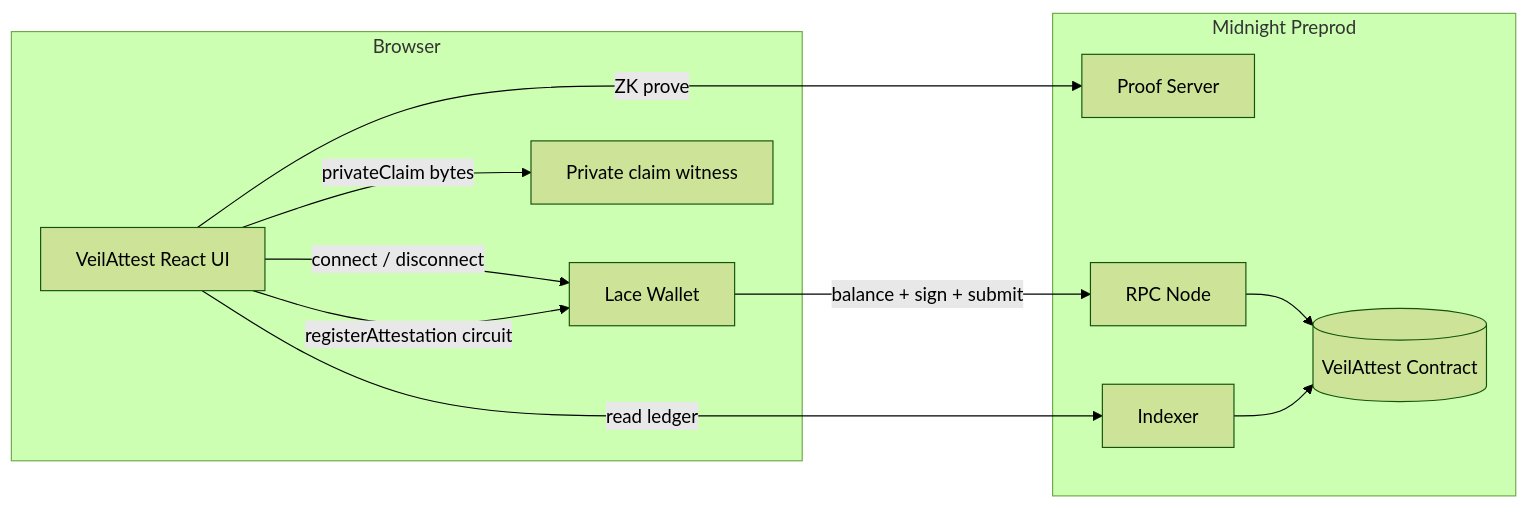
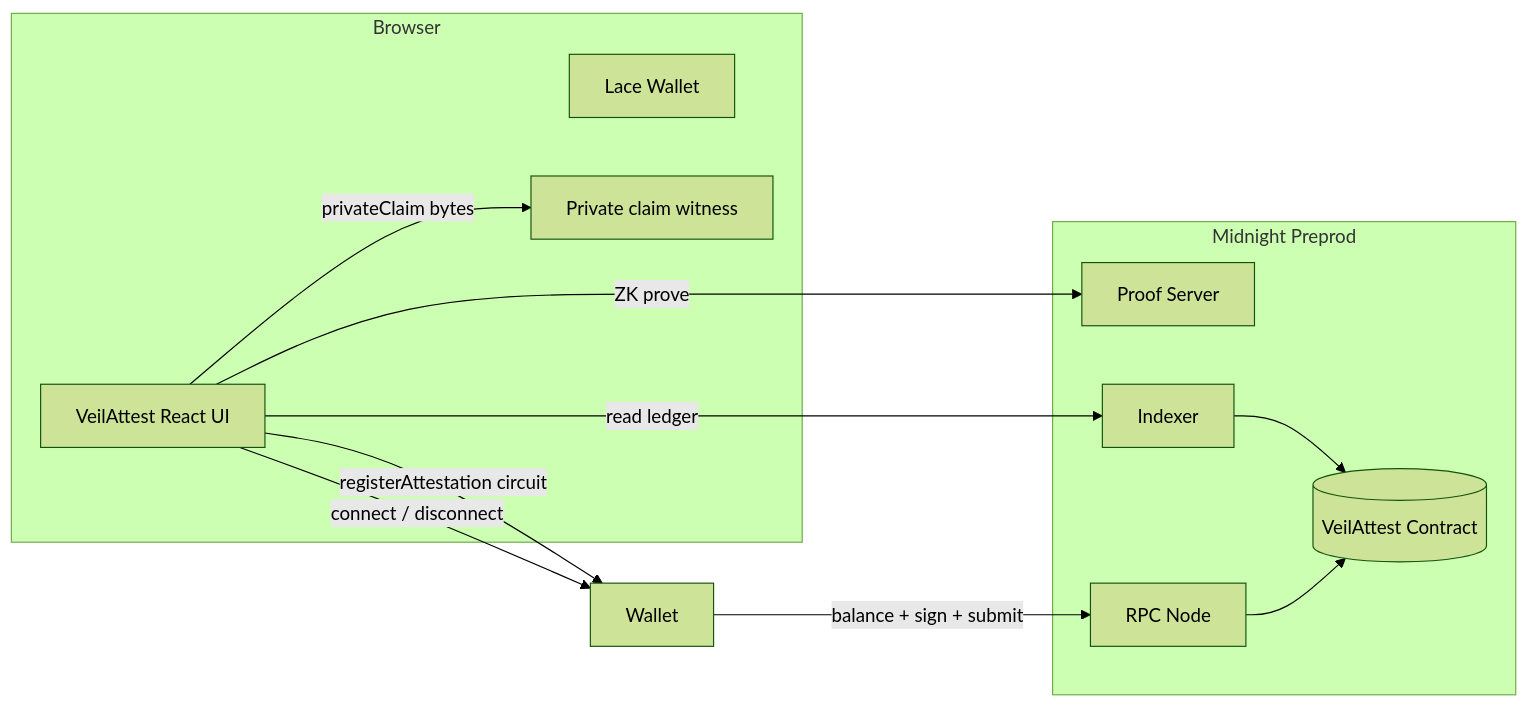
The first of 2 diagrams in README.md (nishant-uxs/veil-attest), drawn with Mermaid (forest theme) before and after one commit. The commit also changed other lines of this file, not shown here.

Commit message:
Document 1AM and Lace multi-wallet picker in README.

````diff
--- a/README.md
+++ b/README.md
@@ -23,22 +23,22 @@
 ```mermaid
 flowchart LR
   subgraph Browser
     UI[VeilAttest React UI]
     Lace[Lace Wallet]
     Priv[Private claim witness]
   end
   subgraph Midnight Preprod
     PS[Proof Server]
     Idx[Indexer]
     Node[RPC Node]
     C[(VeilAttest Contract)]
   end
-  UI -->|connect / disconnect| Lace
+  UI -->|connect / disconnect| Wallet
   UI -->|privateClaim bytes| Priv
-  UI -->|registerAttestation circuit| Lace
-  Lace -->|balance + sign + submit| Node
+  UI -->|registerAttestation circuit| Wallet
+  Wallet -->|balance + sign + submit| Node
   UI -->|ZK prove| PS
   UI -->|read ledger| Idx
   Node --> C
   Idx --> C
 ```
````
